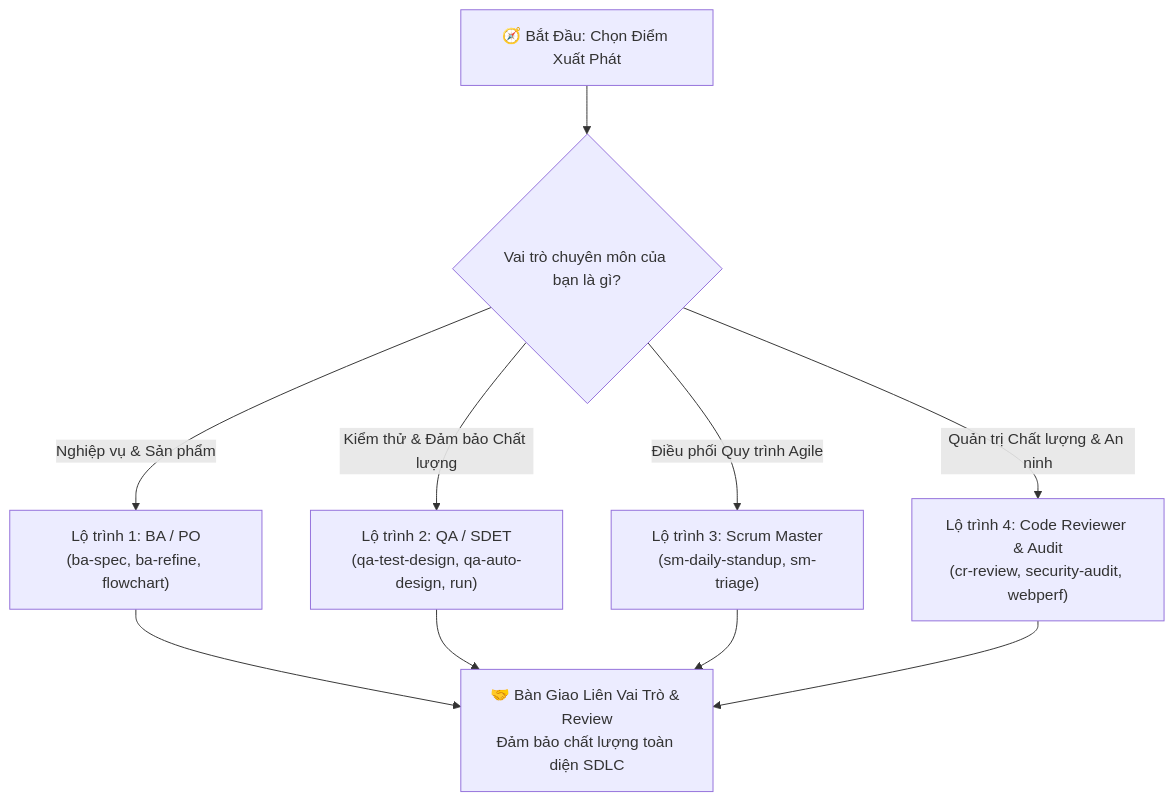
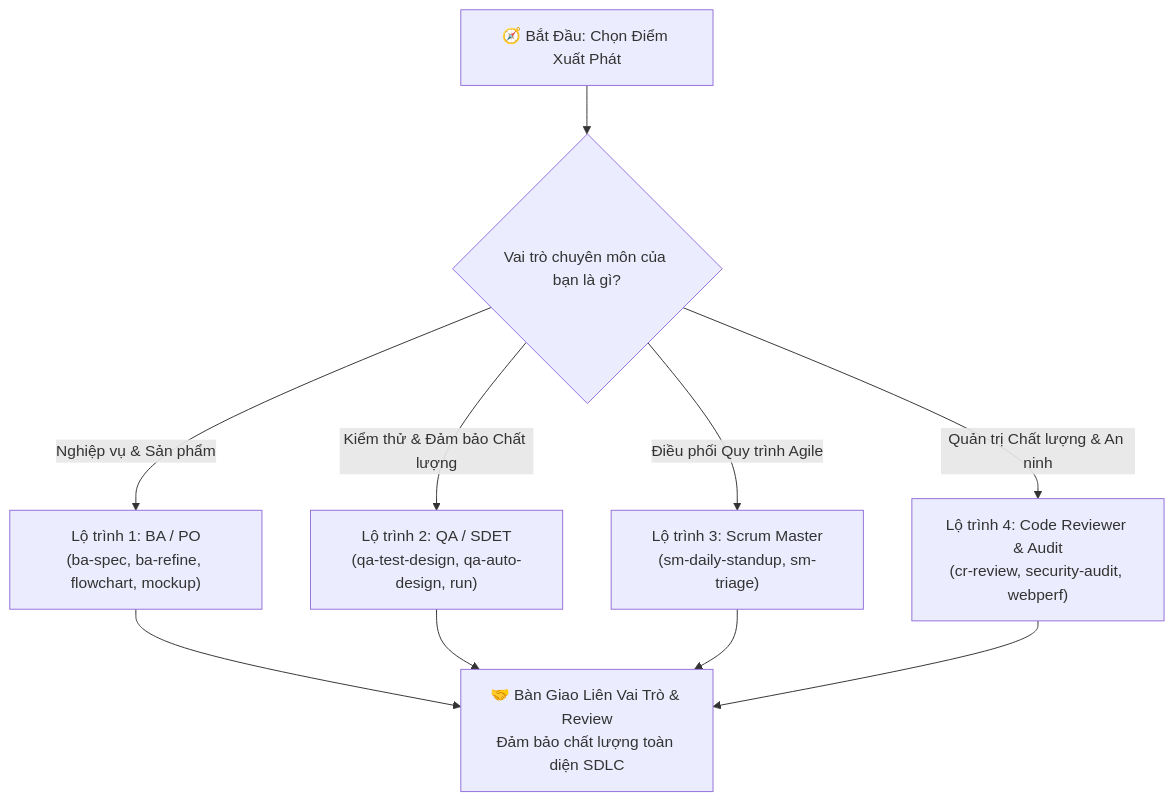
Before and after one commit to quangnt2697/Agent-skills: the first of 2 diagrams in LEARNING-ROADMAP.md, drawn with Mermaid. The commit also changed other lines of this file and 12 other files, not shown here.

Commit message:
docs: synchronize documentation for ba-design-mockup skill and ba-refine workflow

````diff
--- a/LEARNING-ROADMAP.md
+++ b/LEARNING-ROADMAP.md
@@ -17,13 +17,13 @@
 ```mermaid
 graph TD
     Start["🧭 Bắt Đầu: Chọn Điểm Xuất Phát"] --> Q{"Vai trò chuyên môn của bạn là gì?"}
-    Q -->|Nghiệp vụ & Sản phẩm| R_BA["Lộ trình 1: BA / PO<br/>(ba-spec, ba-refine, flowchart)"]
+    Q -->|Nghiệp vụ & Sản phẩm| R_BA["Lộ trình 1: BA / PO<br/>(ba-spec, ba-refine, flowchart, mockup)"]
     Q -->|Kiểm thử & Đảm bảo Chất lượng| R_QA["Lộ trình 2: QA / SDET<br/>(qa-test-design, qa-auto-design, run)"]
     Q -->|Điều phối Quy trình Agile| R_SM["Lộ trình 3: Scrum Master<br/>(sm-daily-standup, sm-triage)"]
     Q -->|Quản trị Chất lượng & An ninh| R_CR["Lộ trình 4: Code Reviewer & Audit<br/>(cr-review, security-audit, webperf)"]
     
     R_BA --> COLLAB["🤝 Bàn Giao Liên Vai Trò & Review<br/>Đảm bảo chất lượng toàn diện SDLC"]
     R_QA --> COLLAB
     R_SM --> COLLAB
     R_CR --> COLLAB
 ```
````
